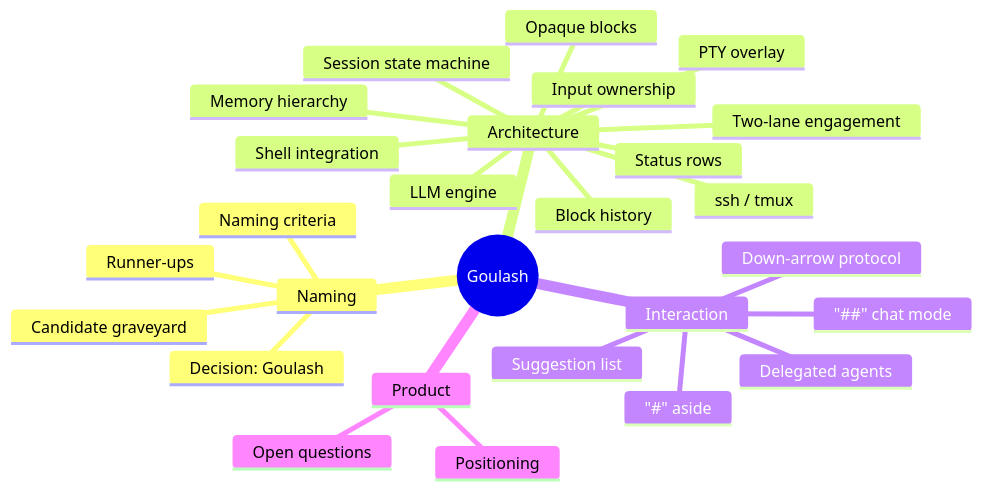
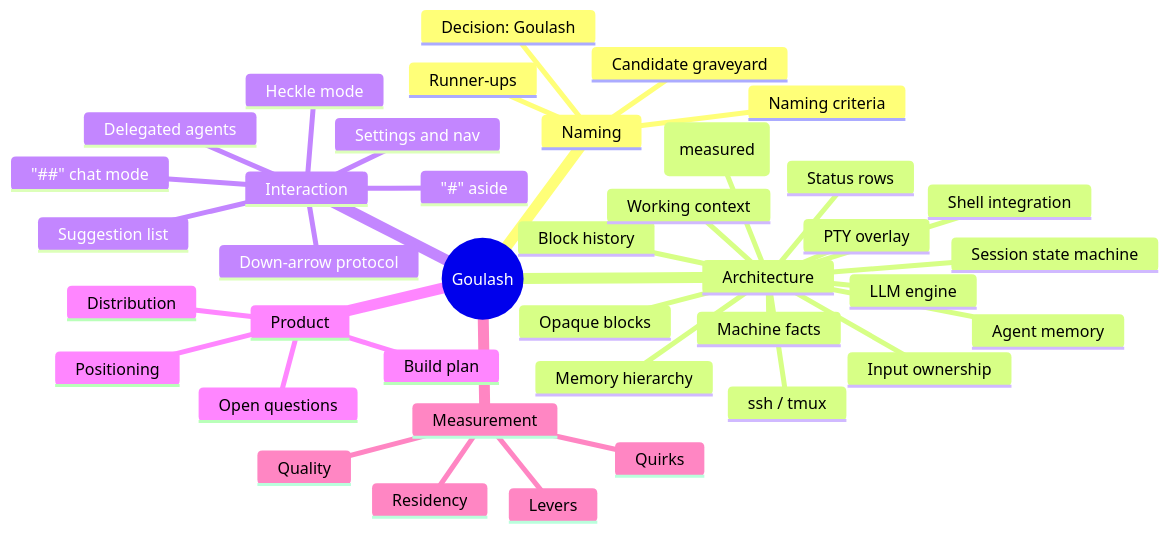
One commit to chaboud/goulash changed the diagram in wiki/home.md. Above: the diagram before and after it, drawn with Mermaid. The commit also changed other lines of this file and 11 other files, not shown here.

````diff
--- a/wiki/home.md
+++ b/wiki/home.md
@@ -16,30 +27,42 @@
 ```mermaid
 mindmap
   root((Goulash))
     Naming
       Decision: Goulash
       Runner-ups
       Candidate graveyard
       Naming criteria
     Architecture
       PTY overlay
       Input ownership
       Session state machine
       Shell integration
       Block history
       Memory hierarchy
       LLM engine
-      Two-lane engagement
+      Levers (measured)
+      Machine facts
+      Working context
+      Agent memory
       Status rows
       Opaque blocks
       ssh / tmux
     Interaction
       "#" aside
       "##" chat mode
       Suggestion list
       Down-arrow protocol
+      Settings and nav
+      Heckle mode
       Delegated agents
     Product
       Positioning
+      Build plan
+      Distribution
       Open questions
+    Measurement
+      Levers
+      Quality
+      Quirks
+      Residency
 ```
````
